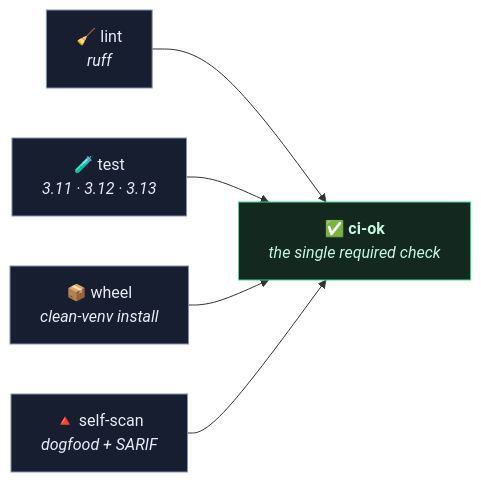
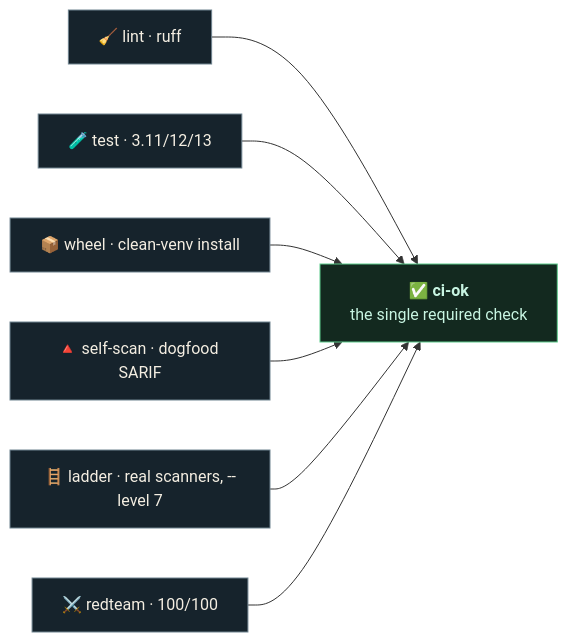
One commit to girnarholdings/TriDelPhi changed the seventh of 7 diagrams in README.md. Above: the diagram before and after it, drawn with Mermaid. The commit also changed other lines of this file, not shown here.

First line of the commit message:
Rewrite the README as a technical deep-dive with architecture graphs and credits

````diff
--- a/README.md
+++ b/README.md
@@ -385,13 +540,16 @@
 ```mermaid
 flowchart LR
-    L["🧹 lint<br/><i>ruff</i>"] --> OK
-    T["🧪 test<br/><i>3.11 · 3.12 · 3.13</i>"] --> OK
-    W["📦 wheel<br/><i>clean-venv install</i>"] --> OK
-    S["🔺 self-scan<br/><i>dogfood + SARIF</i>"] --> OK["✅ <b>ci-ok</b><br/><i>the single required check</i>"]
-
-    style L fill:#171e30,stroke:#8493b0,color:#e8ecf5
-    style T fill:#171e30,stroke:#8493b0,color:#e8ecf5
-    style W fill:#171e30,stroke:#8493b0,color:#e8ecf5
-    style S fill:#171e30,stroke:#8493b0,color:#e8ecf5
-    style OK fill:#13291f,stroke:#3ddc97,color:#c8f5e2
+    L["🧹 lint · ruff"] --> OK
+    T["🧪 test · 3.11/12/13"] --> OK
+    W["📦 wheel · clean-venv install"] --> OK
+    S["🔺 self-scan · dogfood SARIF"] --> OK
+    LD["🪜 ladder · real scanners, --level 7"] --> OK
+    RT["⚔️ redteam · 100/100"] --> OK["✅ <b>ci-ok</b><br/>the single required check"]
+    style L fill:#16232c,stroke:#6f838f,color:#f4eee2
+    style T fill:#16232c,stroke:#6f838f,color:#f4eee2
+    style W fill:#16232c,stroke:#6f838f,color:#f4eee2
+    style S fill:#16232c,stroke:#6f838f,color:#f4eee2
+    style LD fill:#16232c,stroke:#6f838f,color:#f4eee2
+    style RT fill:#16232c,stroke:#6f838f,color:#f4eee2
+    style OK fill:#13291f,stroke:#5ccb8c,color:#c8f5e2
 ```
````
